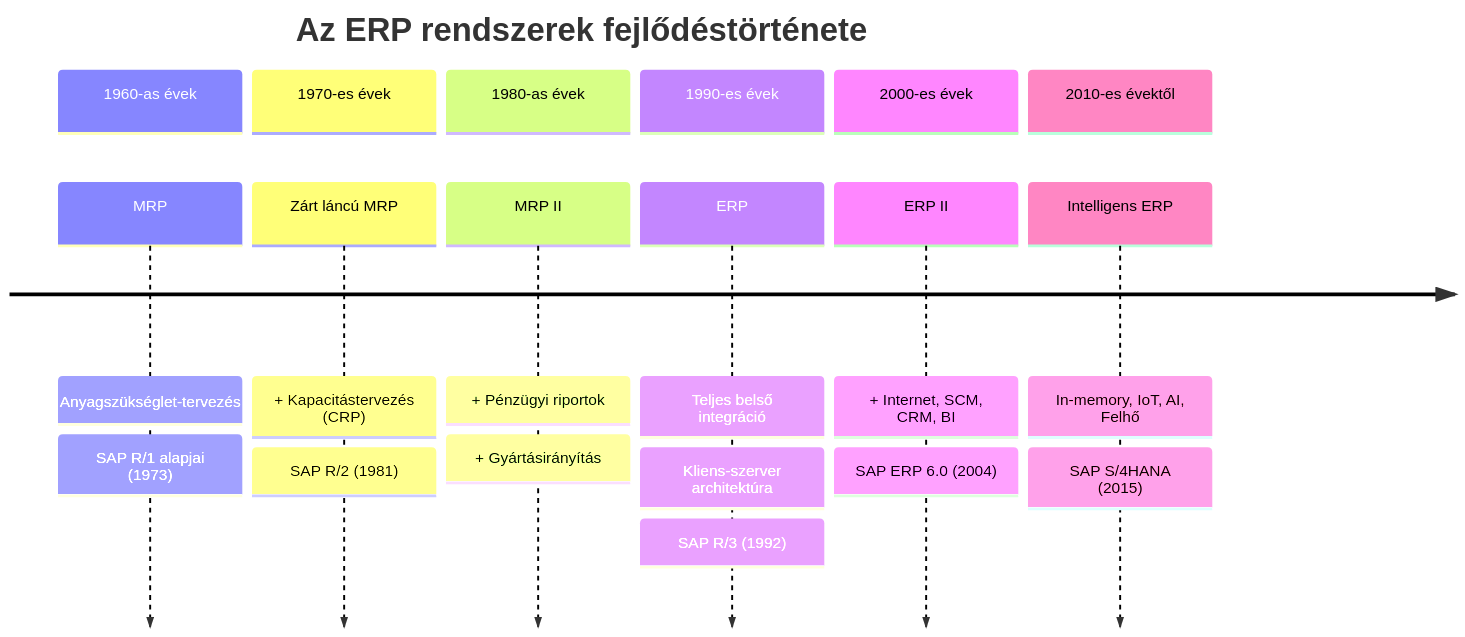
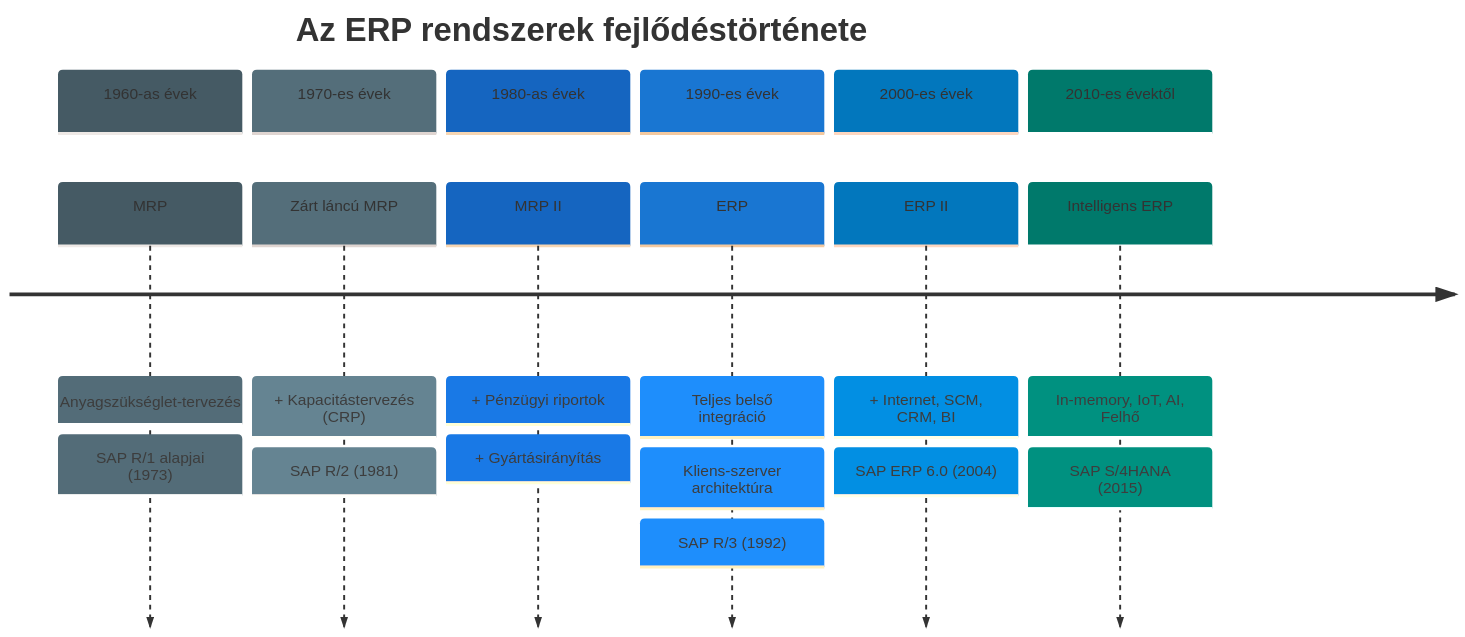
The first of 2 diagrams in Tételek/V12-GMXIV2MBLF-ERP fogalma és fejlődéstörténete.tétel.md (denespocsik/MM_BSC_Zarovizsga), drawn with Mermaid before and after one commit. The commit also changed other lines of this file and 4 other files, not shown here.

First line of the commit message:
docs(záróvizsga): modernize Mermaid diagrams in V11–V15, enrich GMXIV2MBLF content

````diff
--- a/Tételek/V12-GMXIV2MBLF-ERP fogalma és fejlődéstörténete.tétel.md
+++ b/Tételek/V12-GMXIV2MBLF-ERP fogalma és fejlődéstörténete.tétel.md
@@ -21,23 +21,24 @@
 ```mermaid
+%%{init: {'theme': 'base', 'themeVariables': {'cScale0': '#455A64', 'cScale1': '#546E7A', 'cScale2': '#1565C0', 'cScale3': '#1976D2', 'cScale4': '#0277BD', 'cScale5': '#00796B'}}}%%
 timeline
     title Az ERP rendszerek fejlődéstörténete
     section 1960-as évek
         MRP : Anyagszükséglet-tervezés
             : SAP R/1 alapjai (1973)
     section 1970-es évek
         Zárt láncú MRP : + Kapacitástervezés (CRP)
                        : SAP R/2 (1981)
     section 1980-as évek
         MRP II : + Pénzügyi riportok
                : + Gyártásirányítás
     section 1990-es évek
         ERP : Teljes belső integráció
             : Kliens-szerver architektúra
             : SAP R/3 (1992)
     section 2000-es évek
         ERP II : + Internet, SCM, CRM, BI
                : SAP ERP 6.0 (2004)
     section 2010-es évektől
         Intelligens ERP : In-memory, IoT, AI, Felhő
                         : SAP S/4HANA (2015)
 ```
````
